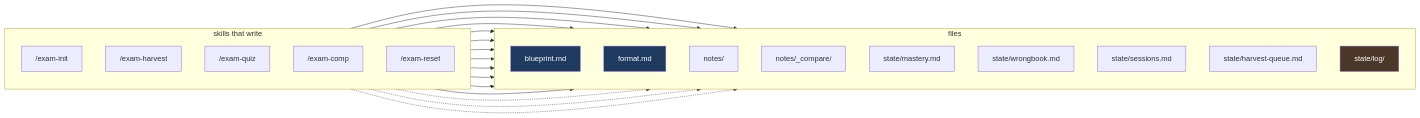
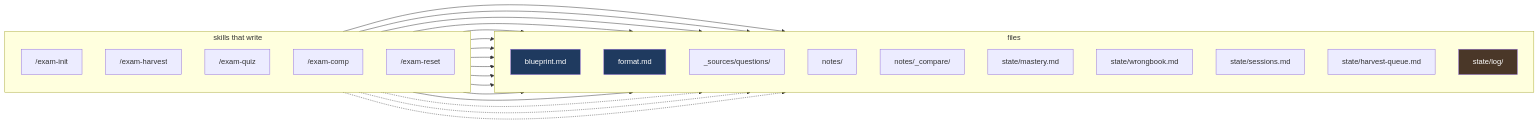
Before and after one commit to IjjS/exam-support: the third of 3 diagrams in README.md, drawn with Mermaid. The commit also changed other lines of this file and 11 other files, not shown here.

````diff
--- a/README.md
+++ b/README.md
@@ -335,44 +344,46 @@
 ```mermaid
 flowchart LR
     subgraph SK ["skills that write"]
         direction TB
         I["/exam-init"]
         H["/exam-harvest"]
         Q["/exam-quiz"]
         C["/exam-comp"]
         R["/exam-reset"]
     end
 
     subgraph FI ["files"]
         direction TB
         BP["blueprint.md"]
         FM["format.md"]
+        QB["_sources/questions/"]
         NT["notes/"]
         CM["notes/_compare/"]
         MA["state/mastery.md"]
         WB["state/wrongbook.md"]
         SE["state/sessions.md"]
         HQ["state/harvest-queue.md"]
         LG["state/log/"]
     end
 
     I --> BP
     I --> FM
+    I --> QB
     I --> MA
     H --> NT
     H --> CM
     H --> HQ
     Q --> MA
     Q --> WB
     Q --> SE
     Q --> HQ
     Q --> LG
     C --> CM
     R -.-> MA
     R -.-> WB
     R -.-> SE
 
     style BP fill:#1f3a5f,color:#fff
     style FM fill:#1f3a5f,color:#fff
     style LG fill:#4a3728,color:#fff
 ```
````
